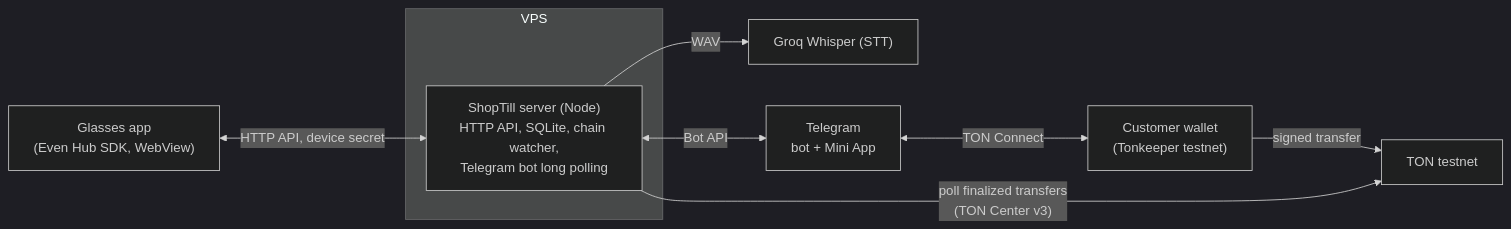
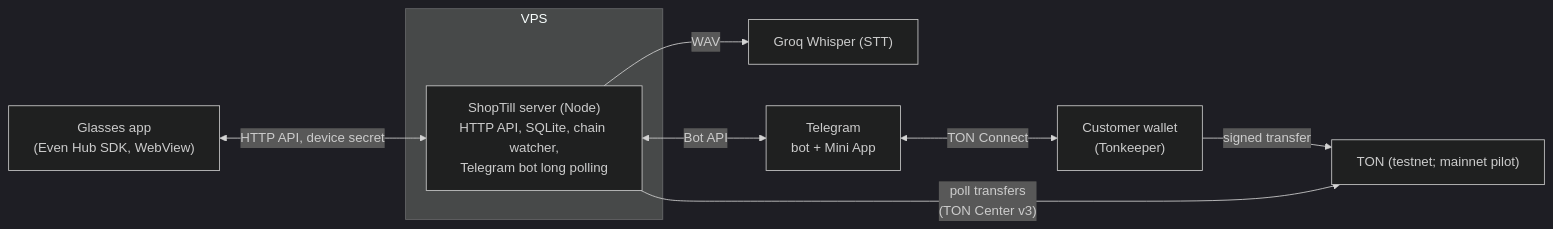
One commit to Techkeyy/shoptill changed the diagram in README.md. Above: the diagram before and after it, drawn with Mermaid (dark theme). The commit also changed other lines of this file and 3 other files, not shown here.

````diff
--- a/README.md
+++ b/README.md
@@ -83,12 +141,12 @@
 ```mermaid
 flowchart LR
   G["Glasses app<br/>(Even Hub SDK, WebView)"] <-->|"HTTP API, device secret"| S
   subgraph VPS
     S["ShopTill server (Node)<br/>HTTP API, SQLite, chain watcher,<br/>Telegram bot long polling"]
   end
   S -->|"WAV"| STT["Groq Whisper (STT)"]
   S <-->|"Bot API"| T["Telegram<br/>bot + Mini App"]
-  T <-->|"TON Connect"| W["Customer wallet<br/>(Tonkeeper testnet)"]
-  W -->|"signed transfer"| C["TON testnet"]
-  S -->|"poll finalized transfers<br/>(TON Center v3)"| C
+  T <-->|"TON Connect"| W["Customer wallet<br/>(Tonkeeper)"]
+  W -->|"signed transfer"| C["TON (testnet; mainnet pilot)"]
+  S -->|"poll transfers<br/>(TON Center v3)"| C
 ```
````
